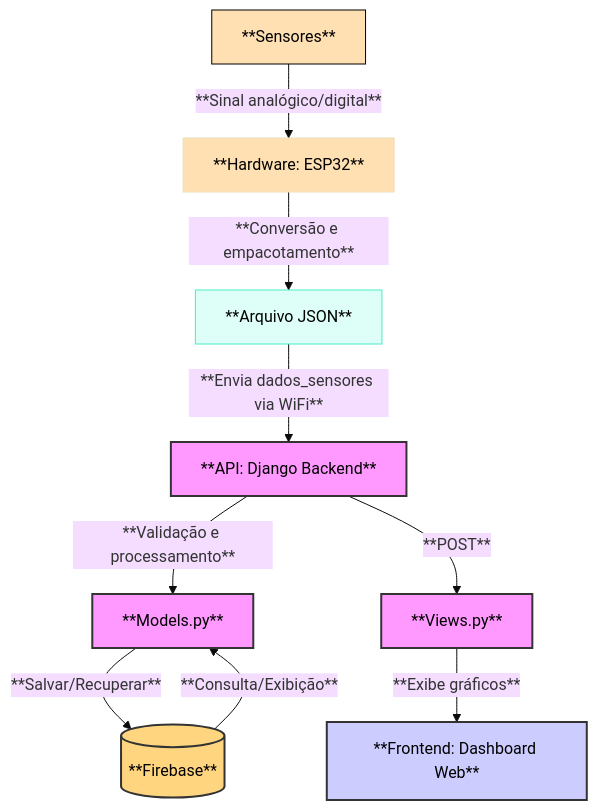
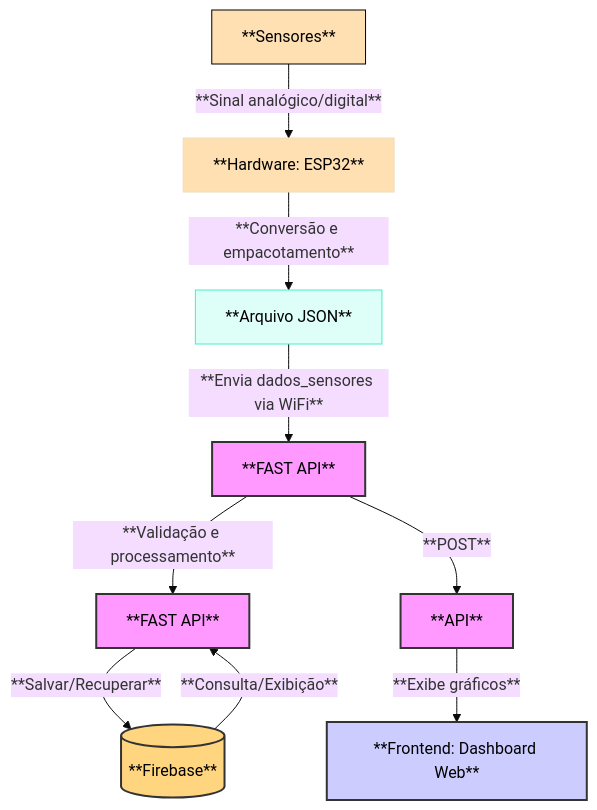
Before and after one commit to luizebaldoni/monitoramento-telhado-verde: the diagram in README.md, drawn with Mermaid (base theme). The commit also changed other lines of this file, not shown here.

````diff
--- a/README.md
+++ b/README.md
@@ -44,36 +57,36 @@
 ```mermaid
 ---
 config:
   layout: fixed
 ---
 flowchart TD
     G["**Sensores**"] -- **Sinal analógico/digital** --> F["**Hardware: ESP32**"]
     F -- **Conversão e empacotamento** --> H["**Arquivo JSON**"]
-    H -- **Envia dados_sensores via WiFi** --> B["**API: Django Backend**"]
-    B -- **Validação e processamento** --> C["**Models.py**"]
+    H -- **Envia dados_sensores via WiFi** --> B["**FAST API**"]
+    B -- **Validação e processamento** --> C["**FAST API**"]
     C -- **Salvar/Recuperar** --> D[("**Firebase**")]
     D -- **Consulta/Exibição** --> C
-    B -- **POST** --> E["**Views.py**"]
+    B -- **POST** --> E["**API**"]
     E -- **Exibe gráficos** --> A["**Frontend: Dashboard Web**"]
     E:::Backend
     A:::Frontend
     B:::Backend
     C:::Backend
     D:::Banco
     F:::Hardware
     H:::Aqua
     G:::Hardware
     classDef Backend fill:#f9f,stroke:#333,stroke-width:2px
     classDef Frontend fill:#ccf,stroke:#333,stroke-width:2px
     classDef Banco fill:#FFD580,stroke:#333,stroke-width:2px
     classDef Hardware fill:#FFE0B2, color:#000000
     classDef Aqua stroke-width:1px, stroke-dasharray:none, stroke:#46EDC8, fill:#DEFFF8, color:#378E7A
     style E color:#000000
     style A color:#000000
     style B color:#000000
     style C color:#000000
     style D color:#000000
     style F color:#000000
     style H color:#000000
     style G stroke:#000000,color:#000000
 ```
````
